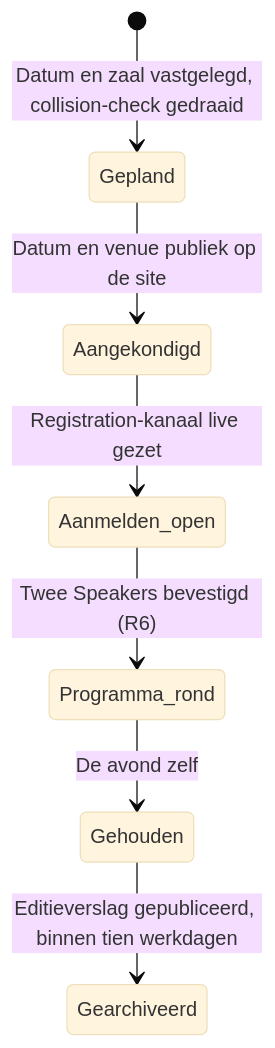
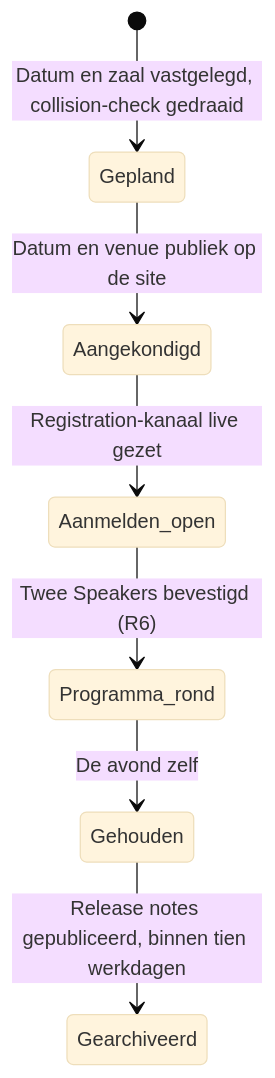
One commit to webgrip/twente.dev changed the diagram in docs/domain/entities.md. Above: the diagram before and after it, drawn with Mermaid (base theme). The commit also changed other lines of this file and 43 other files, not shown here.

First line of the commit message:
refactor(taal): een avond heet een Release, het verslag heet release notes

````diff
--- a/docs/domain/entities.md
+++ b/docs/domain/entities.md
@@ -25,9 +25,9 @@
 ```mermaid
 stateDiagram-v2
     [*] --> Gepland : Datum en zaal vastgelegd, collision-check gedraaid
     Gepland --> Aangekondigd : Datum en venue publiek op de site
     Aangekondigd --> Aanmelden_open : Registration-kanaal live gezet
     Aanmelden_open --> Programma_rond : Twee Speakers bevestigd (R6)
     Programma_rond --> Gehouden : De avond zelf
-    Gehouden --> Gearchiveerd : Editieverslag gepubliceerd, binnen tien werkdagen
+    Gehouden --> Gearchiveerd : Release notes gepubliceerd, binnen tien werkdagen
 ```
````
